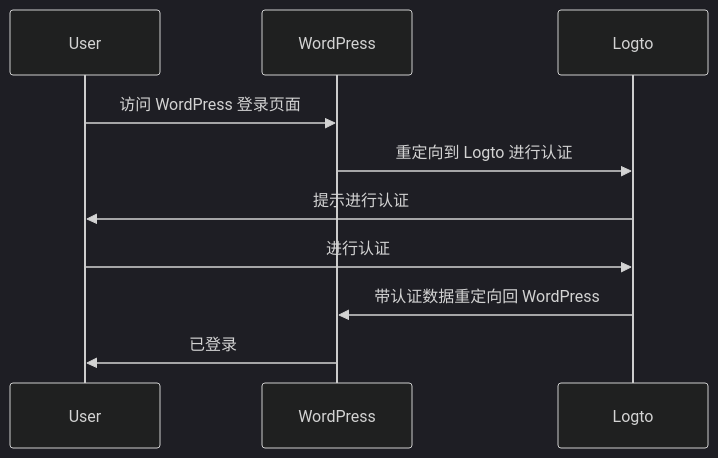
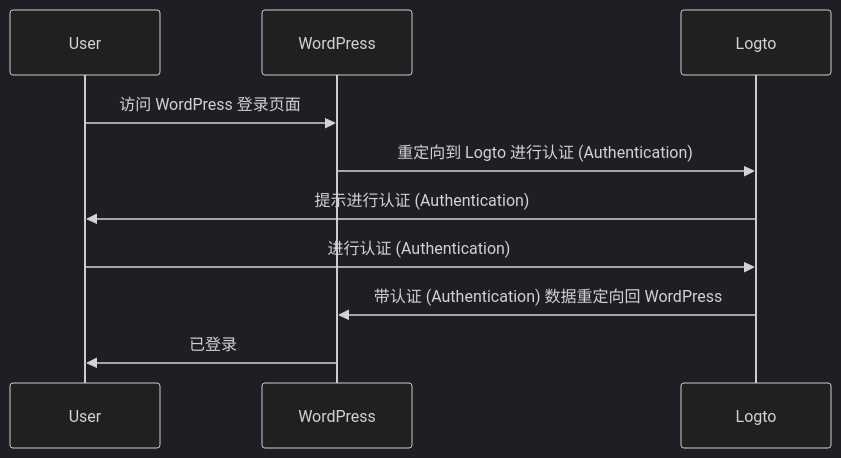
Before and after one commit to logto-io/docs: the first of 2 diagrams in i18n/zh-CN/docusaurus-plugin-content-docs/current/quick-starts/framework/wordpress-plugin/_integration.mdx, drawn with Mermaid (dark theme). The commit also changed other lines of this file and 407 other files, not shown here.

````diff
--- a/i18n/zh-CN/docusaurus-plugin-content-docs/current/quick-starts/framework/wordpress-plugin/_integration.mdx
+++ b/i18n/zh-CN/docusaurus-plugin-content-docs/current/quick-starts/framework/wordpress-plugin/_integration.mdx
@@ -62,13 +56,13 @@
 ```mermaid
 sequenceDiagram
     participant User
     participant WordPress
     participant Logto
 
     User->>WordPress: 访问 WordPress 登录页面
-    WordPress->>Logto: 重定向到 Logto 进行认证
-    Logto->>User: 提示进行认证
-    User->>Logto: 进行认证
-    Logto->>WordPress: 带认证数据重定向回 WordPress
+    WordPress->>Logto: 重定向到 Logto 进行认证 (Authentication)
+    Logto->>User: 提示进行认证 (Authentication)
+    User->>Logto: 进行认证 (Authentication)
+    Logto->>WordPress: 带认证 (Authentication) 数据重定向回 WordPress
     WordPress->>User: 已登录
 ```
````
